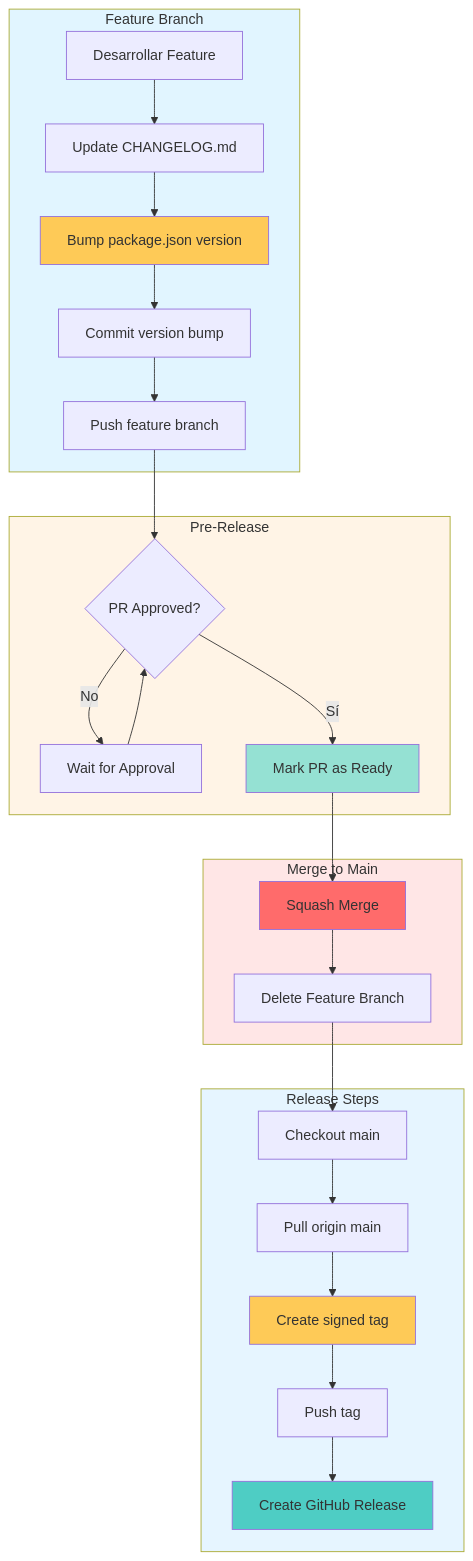
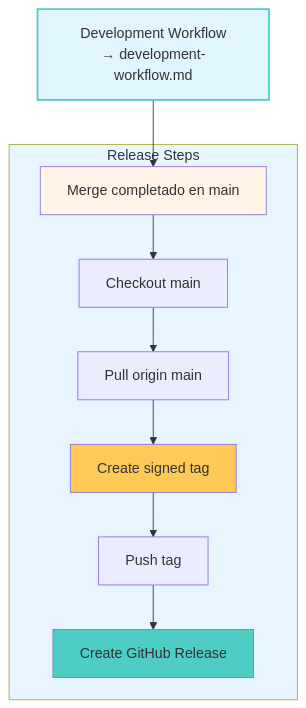
The diagram in docs/manuals/release-workflow.md (nesxtep-software/Vektra), drawn with Mermaid before and after one commit. The commit also changed other lines of this file and 1 other file, not shown here.

First line of the commit message:
docs: apply DRY to workflow diagrams with markdown hyperlinks

````diff
--- a/docs/manuals/release-workflow.md
+++ b/docs/manuals/release-workflow.md
@@ -24,39 +26,19 @@
 ```mermaid
 flowchart TD
-    subgraph Feature["Feature Branch"]
-        A[Desarrollar Feature] --> B[Update CHANGELOG.md]
-        B --> C[Bump package.json version]
-        C --> D[Commit version bump]
-        D --> E[Push feature branch]
+    A[Development Workflow<br/>→ development-workflow.md] --> B[Merge completado en main]
+    
+    subgraph ReleaseSteps["Release Steps"]
+        B --> C[Checkout main]
+        C --> D[Pull origin main]
+        D --> E[Create signed tag]
+        E --> F[Push tag]
+        F --> G[Create GitHub Release]
     end
     
-    subgraph PreRelease["Pre-Release"]
-        E --> F{PR Approved?}
-        F -->|No| G[Wait for Approval]
-        G --> F
-        F -->|Sí| H[Mark PR as Ready]
-    end
-    
-    subgraph Merge["Merge to Main"]
-        H --> I[Squash Merge]
-        I --> J[Delete Feature Branch]
-    end
-    
-    subgraph ReleaseSteps["Release Steps"]
-        J --> K[Checkout main]
-        K --> L[Pull origin main]
-        L --> M[Create signed tag]
-        M --> N[Push tag]
-        N --> O[Create GitHub Release]
-    end
-    
-    style Feature fill:#e1f5ff
-    style PreRelease fill:#fff4e6
-    style Merge fill:#ffe6e6
+    style A fill:#e1f5ff
+    style B fill:#fff4e6
     style ReleaseSteps fill:#e6f5ff
-    style C fill:#feca57
-    style H fill:#95e1d3
-    style I fill:#ff6b6b
-    style M fill:#feca57
-    style O fill:#4ecdc4
+    style A stroke:#4ecdc4,stroke-width:2px
+    style E fill:#feca57
+    style G fill:#4ecdc4
 ```
````
